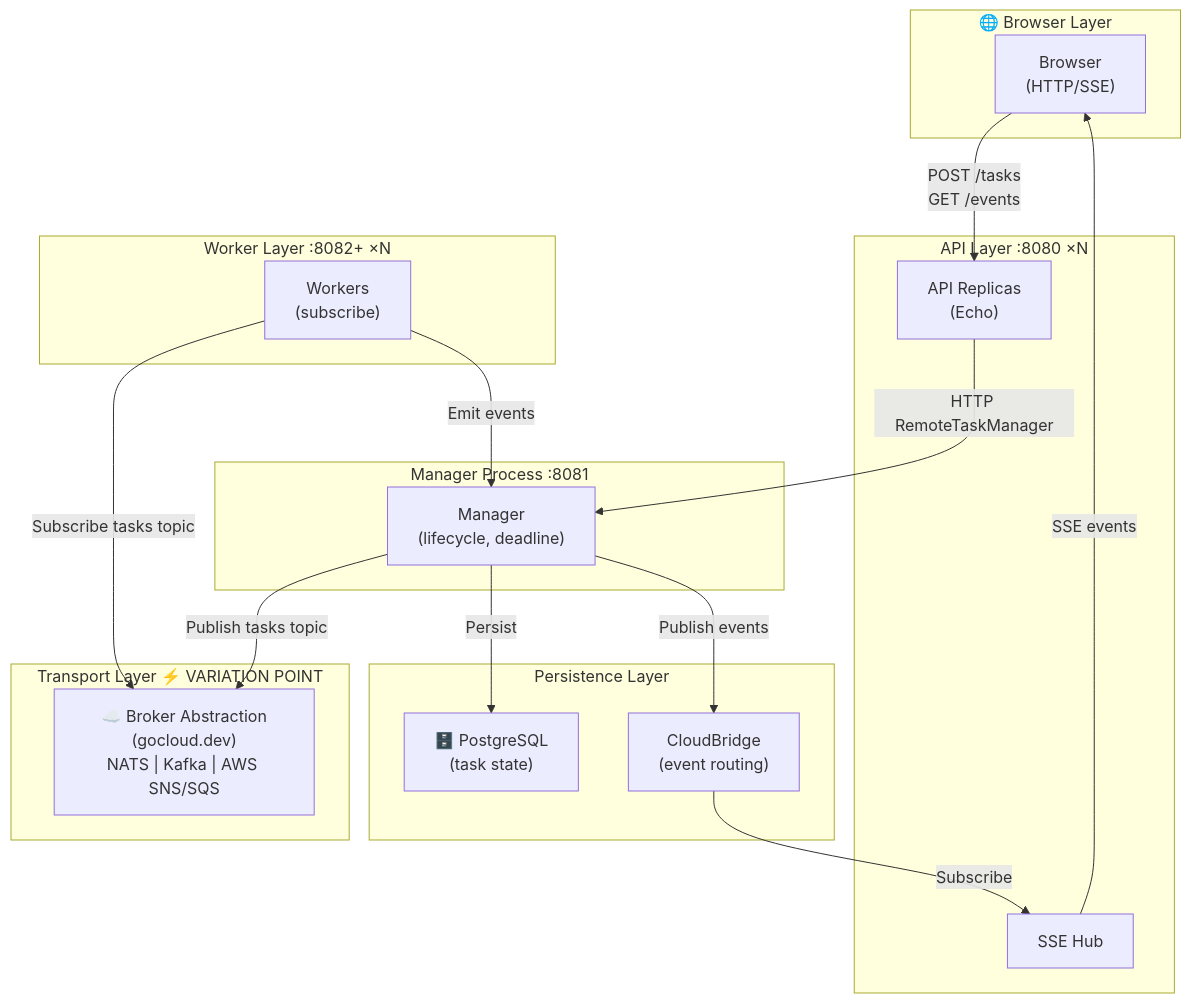
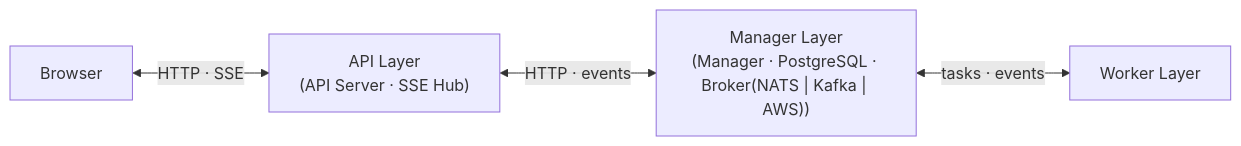
One commit to deyarchit/work-distribution-patterns changed the seventh of 7 diagrams in README.md. Above: the diagram before and after it, drawn with Mermaid. The commit also changed other lines of this file, not shown here.

````diff
--- a/README.md
+++ b/README.md
@@ -231,38 +123,11 @@
 ```mermaid
-graph TB
-    subgraph L1["🌐 Browser Layer"]
-        Browser["Browser<br/>(HTTP/SSE)"]
-    end
+graph LR
+    Browser["Browser"]
+    API["API Layer<br/>(API Server · SSE Hub)"]
+    Manager["Manager Layer<br/>(Manager · PostgreSQL · <br/>Broker(NATS | Kafka | AWS))"]
+    Workers["Worker Layer"]
 
-    subgraph L2["API Layer :8080 ×N"]
-        APIs["API Replicas<br/>(Echo)"]
-        SSEHub["SSE Hub"]
-    end
-
-    subgraph L3["Manager Process :8081"]
-        Manager["Manager<br/>(lifecycle, deadline)"]
-    end
-
-    subgraph L4["Transport Layer ⚡ VARIATION POINT"]
-        Broker["☁️ Broker Abstraction<br/>(gocloud.dev)<br/>NATS | Kafka | AWS SNS/SQS"]
-    end
-
-    subgraph L5["Worker Layer :8082+ ×N"]
-        Workers["Workers<br/>(subscribe)"]
-    end
-
-    subgraph L6["Persistence Layer"]
-        EventBridge["CloudBridge<br/>(event routing)"]
-        PG["🗄️ PostgreSQL<br/>(task state)"]
-    end
-
-    Browser -->|POST /tasks<br/>GET /events| APIs
-    APIs -->|HTTP RemoteTaskManager| Manager
-    Manager -->|Publish tasks topic| Broker
-    Workers -->|Subscribe tasks topic| Broker
-    Workers -->|Emit events| Manager
-    Manager -->|Persist| PG
-    Manager -->|Publish events| EventBridge
-    EventBridge -->|Subscribe| SSEHub
-    SSEHub -->|SSE events| Browser
+    Browser <-->|"HTTP · SSE"| API
+    API <-->|"HTTP · events"| Manager
+    Manager <-->|"tasks · events"| Workers
 ```
````
